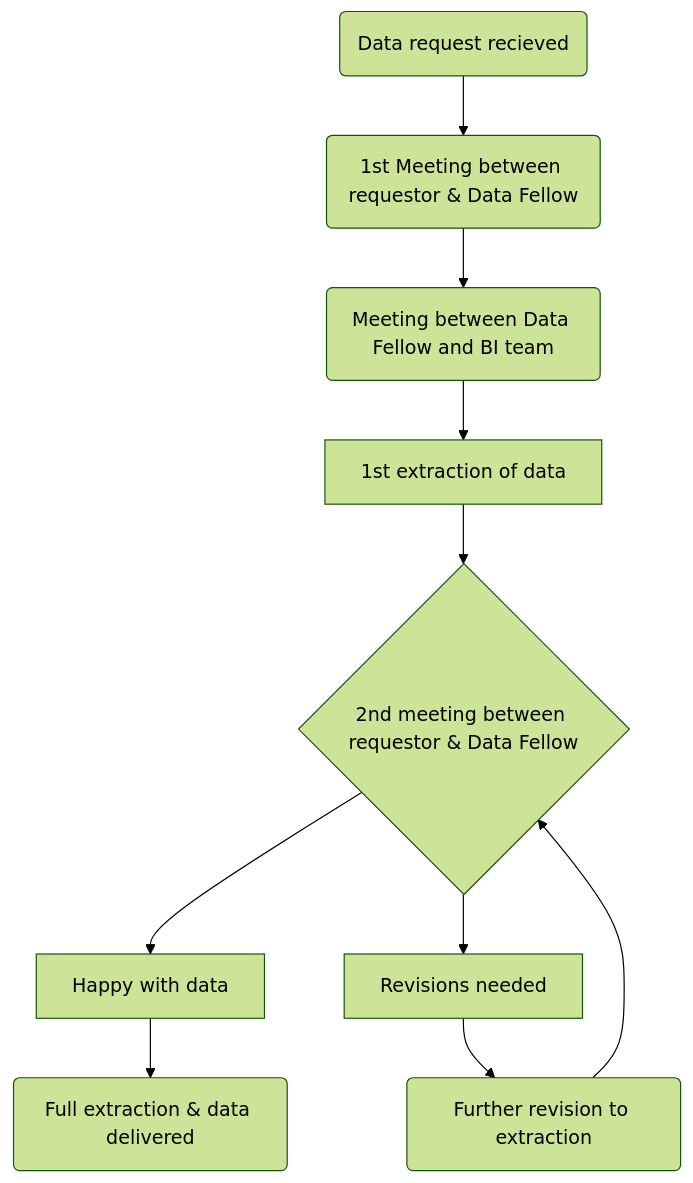
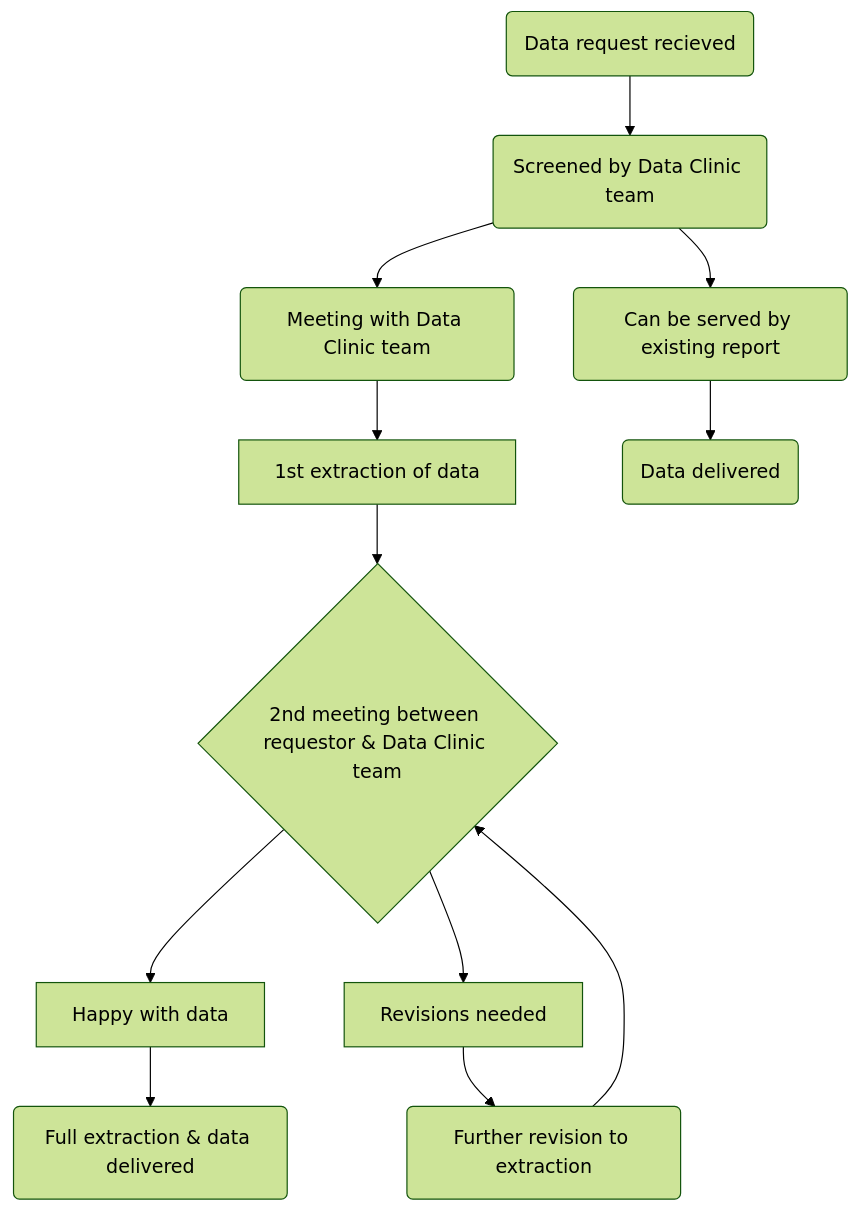
The diagram in tutorials/data-clinic/data-clinic-for-fellows.qmd (uclhal/uclhal), drawn with Mermaid (forest theme) before and after one commit. The commit also changed 1 other file, not shown here.

Commit message:
Updated Data Clinic summaries

````diff
--- a/tutorials/data-clinic/data-clinic-for-fellows.qmd
+++ b/tutorials/data-clinic/data-clinic-for-fellows.qmd
@@ -63,14 +63,16 @@
 ```{mermaid}
 flowchart TD
-A(Data request recieved) --> B(1st Meeting between requestor & Data Fellow)
-B --> C(Meeting between Data Fellow and BI team)
+A(Data request recieved) --> B(Screened by Data Clinic team)
+B --> C(Meeting with Data Clinic team)
+B --> K(Can be served by existing report)
 C --> D[1st extraction of data]
-D --> F{2nd meeting between requestor & Data Fellow}
+D --> F{2nd meeting between requestor & Data Clinic team}
 F --> G[Happy with data]
 F --> H[Revisions needed]
 G --> I(Full extraction & data delivered)
 H --> J(Further revision to extraction)
 J --> F
+K --> L(Data delivered)
 
 linkStyle default stroke: black;
 ```
````
